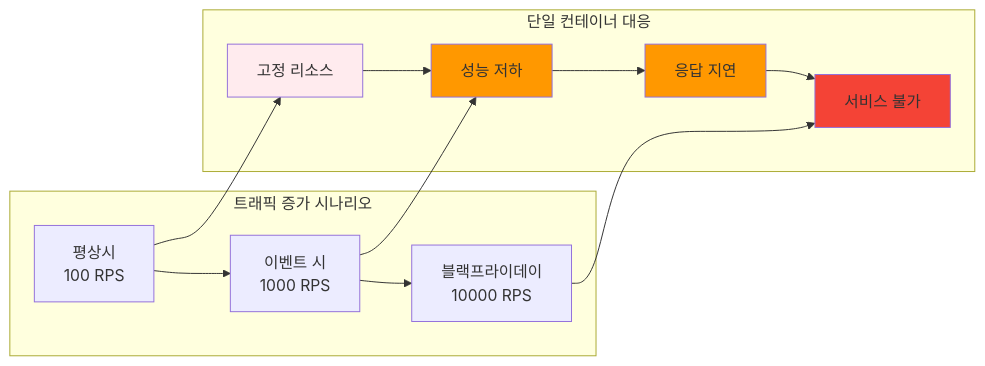
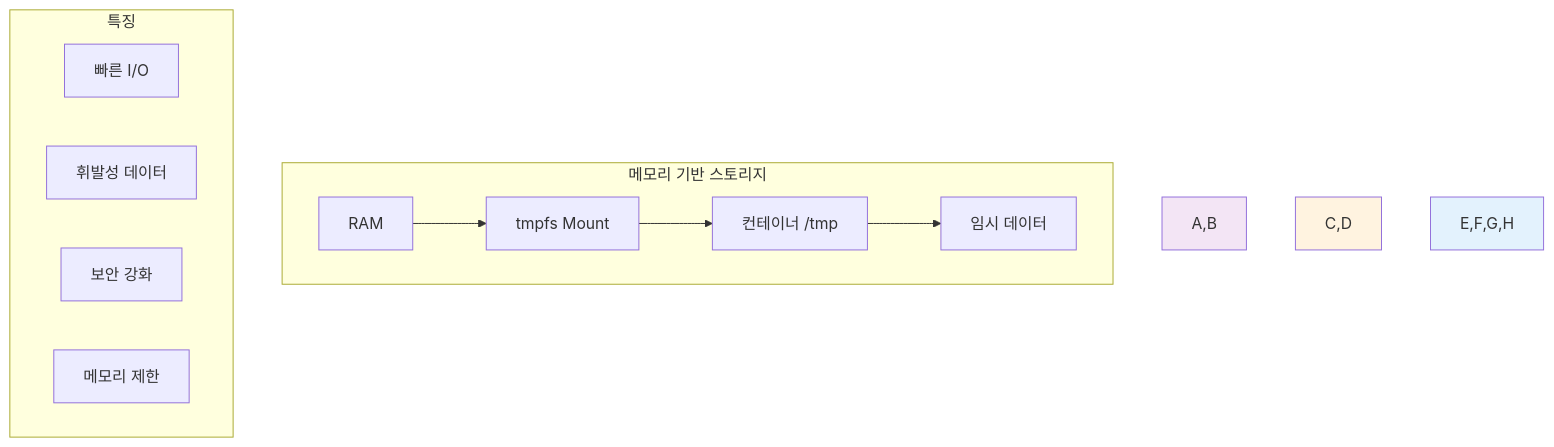
The fifth of 5 diagrams in theory/week_02/day2/session_1.md (niceguy61/kdt_devops_lecture_2025), drawn with Mermaid before and after one commit. The commit also changed other lines of this file and 70 other files, not shown here.

````diff
--- a/theory/week_02/day2/session_1.md
+++ b/theory/week_02/day2/session_1.md
@@ -66,22 +184,19 @@
 ```mermaid
-graph LR
-    subgraph "트래픽 증가 시나리오"
-        A[평상시<br/>100 RPS] --> B[이벤트 시<br/>1000 RPS]
-        B --> C[블랙프라이데이<br/>10000 RPS]
+graph TB
+    subgraph "메모리 기반 스토리지"
+        A[RAM] --> B[tmpfs Mount]
+        B --> C[컨테이너 /tmp]
+        C --> D[임시 데이터]
     end
     
-    subgraph "단일 컨테이너 대응"
-        D[고정 리소스] --> E[성능 저하]
-        E --> F[응답 지연]
-        F --> G[서비스 불가]
+    subgraph "특징"
+        E[빠른 I/O]
+        F[휘발성 데이터]
+        G[보안 강화]
+        H[메모리 제한]
     end
     
-    A --> D
-    B --> E
-    C --> G
-    
-    style D fill:#ffebee
-    style E fill:#ff9800
-    style F fill:#ff9800
-    style G fill:#f44336
+    style A,B fill:#f3e5f5
+    style C,D fill:#fff3e0
+    style E,F,G,H fill:#e3f2fd
 ```
````
